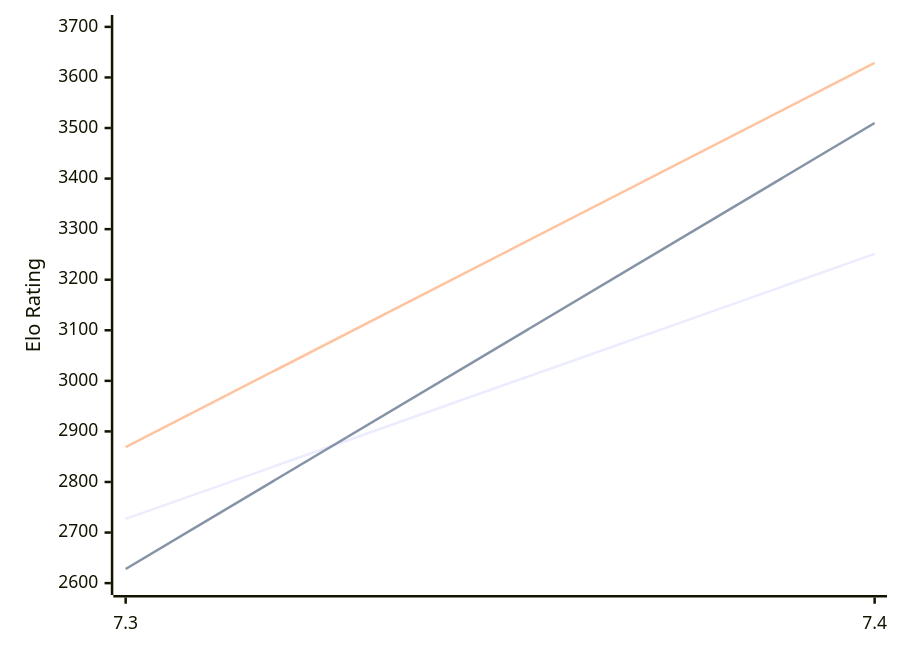
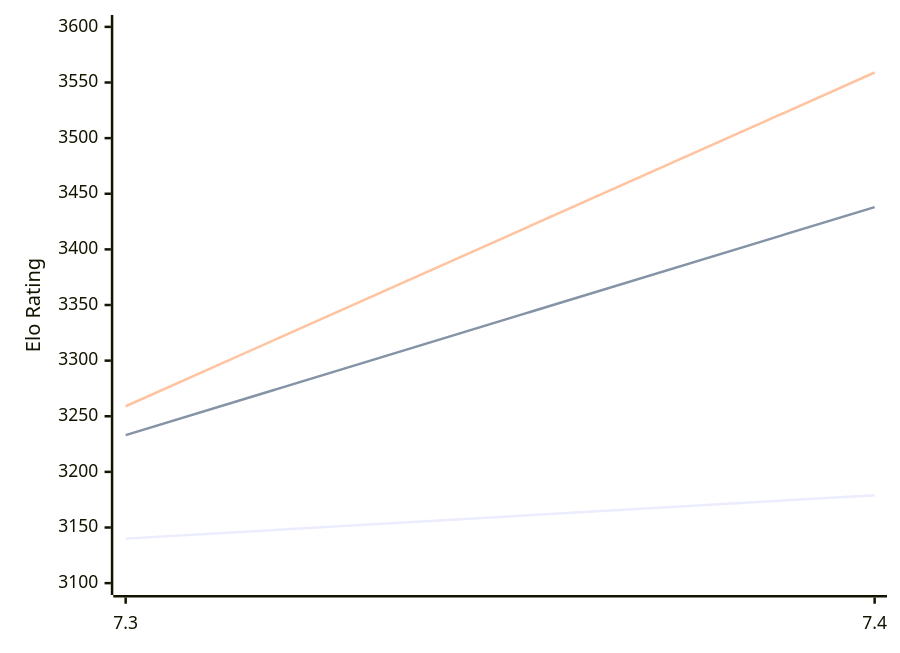
One commit to computer-chess-index/cci changed the diagram in engines/Booot.md. Above: the diagram before and after it, drawn with Mermaid. The commit also changed other lines of this file, not shown here.

Commit message:
Update CCI Ratings (ELO VLTC) - 2026-11-13

````diff
--- a/engines/Booot.md
+++ b/engines/Booot.md
@@ -49,12 +49,12 @@
 ```mermaid
 %%{init: {"theme":"base","themeVariables":{"seriesColors:['#a3a3a3','#222221','#faa371']}}}%%
 xychart-beta
   x-axis ["7.3", "7.4"]
-  y-axis "Elo Rating" 2600 --> 3700
-  line "E1: STC (8.0+0.08s)" [2727, 3251]
-  line "E1: LTC (60.0+0.60s)" [2628, 3510]
-  line "E1: VLTC (2m24s+1.12s)" [2869, 3629]
-  line "P1: STC (8.0+0.08s)" [3384]
-  line "P1: LTC (60.0+0.60s)" [3646]
-  line "P1: VLTC (2m24s+1.12s)" [3695]
+  y-axis "Elo Rating" 3100 --> 3600
+  line "E1: STC (8.0+0.08s)" [3140, 3179]
+  line "E1: LTC (60.0+0.60s)" [3233, 3438]
+  line "E1: VLTC (2m24s+1.12s)" [3259, 3559]
+  line "P1: STC (8.0+0.08s)" [3217]
+  line "P1: LTC (60.0+0.60s)" [3479]
+  line "P1: VLTC (2m24s+1.12s)" [3528]
 ```
````
